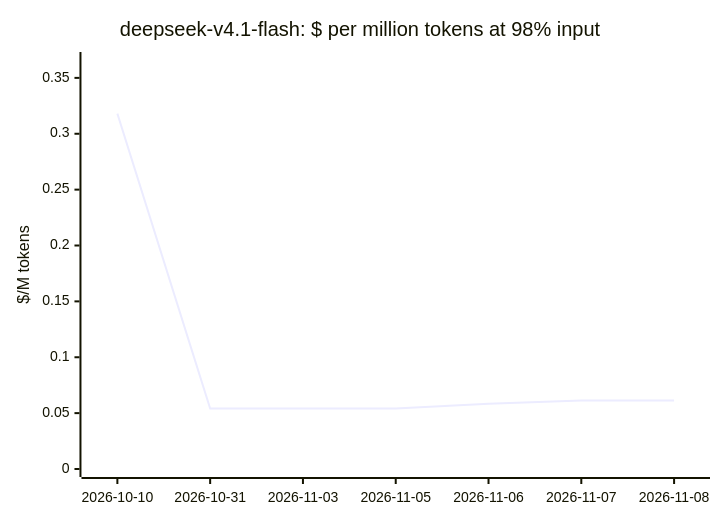
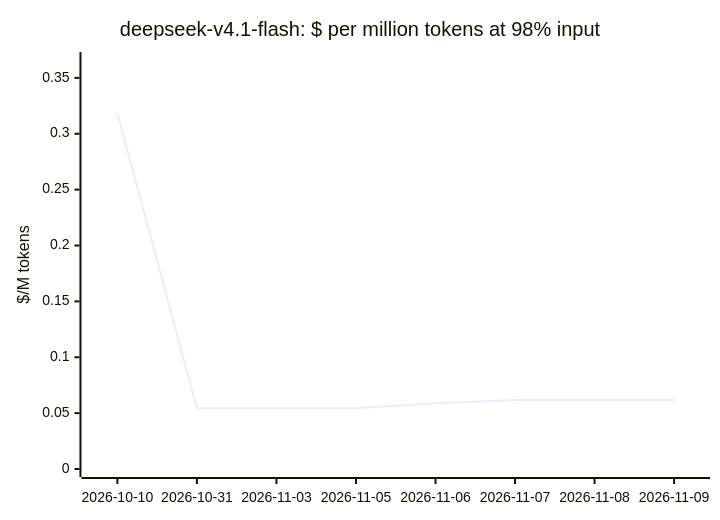
One commit to cklukas/OMEGA_TRANSFORM changed the seventh of 20 diagrams in docs/openrouter-models.md. Above: the diagram before and after it, drawn with Mermaid. The commit also changed other lines of this file and 47 other files, not shown here.

````diff
--- a/docs/openrouter-models.md
+++ b/docs/openrouter-models.md
@@ -194,7 +194,7 @@
 ```mermaid
 xychart-beta
     title "deepseek-v4.1-flash: $ per million tokens at 98% input"
-    x-axis ["2026-10-10", "2026-10-31", "2026-11-03", "2026-11-05", "2026-11-06", "2026-11-07", "2026-11-08"]
+    x-axis ["2026-10-10", "2026-10-31", "2026-11-03", "2026-11-05", "2026-11-06", "2026-11-07", "2026-11-08", "2026-11-09"]
     y-axis "$/M tokens" 0 --> 0.366
-    line [0.318, 0.0541, 0.0541, 0.0541, 0.05842, 0.06132, 0.06132]
+    line [0.3186, 0.05439, 0.05439, 0.05439, 0.05874, 0.06165, 0.06165, 0.06165]
 ```
````
